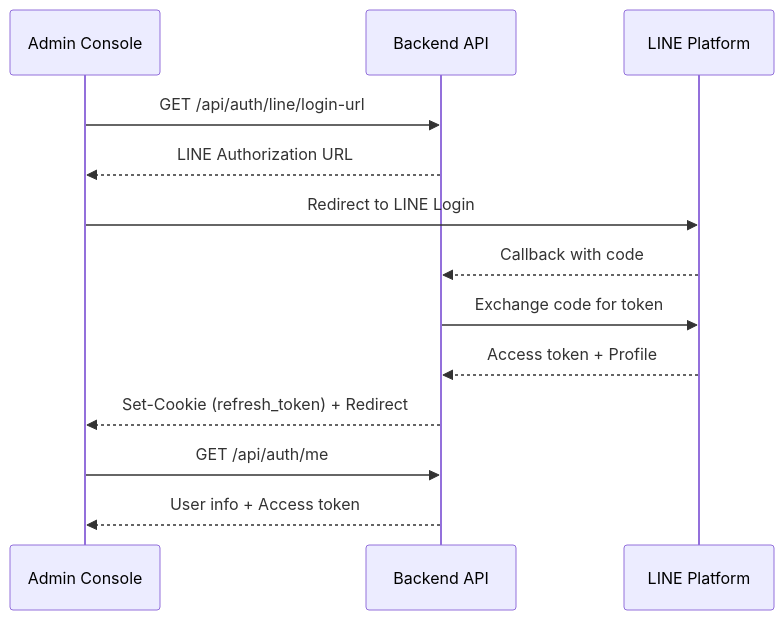
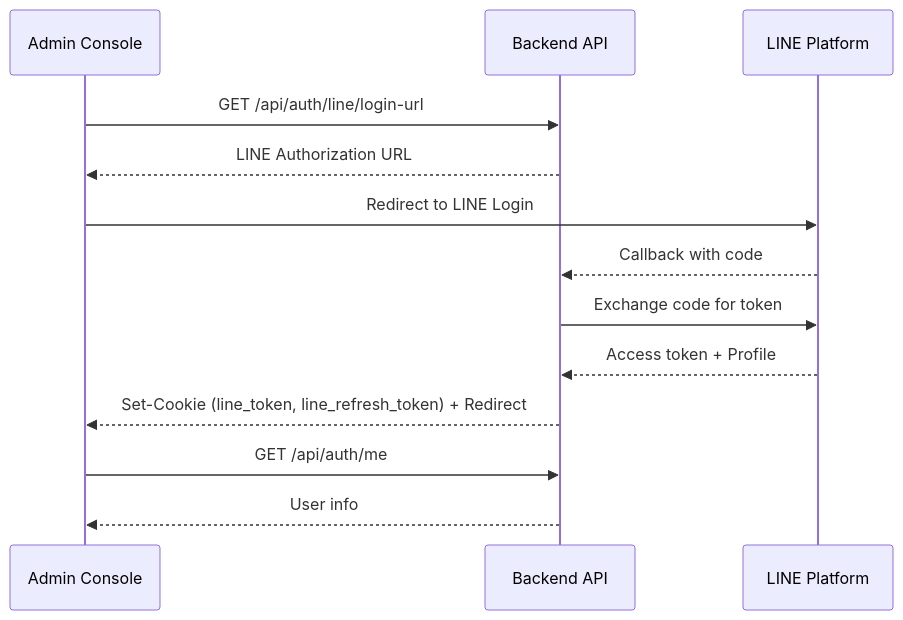
The fourth of 5 diagrams in instruction/專案架構書.md (71bk/71bk-landing), drawn with Mermaid before and after one commit. The commit also changed other lines of this file and 119 other files, not shown here.

````diff
--- a/instruction/專案架構書.md
+++ b/instruction/專案架構書.md
@@ -553,16 +650,16 @@
 ```mermaid
 sequenceDiagram
   participant U as Admin Console
   participant API as Backend API
   participant LINE as LINE Platform
   
   U->>API: GET /api/auth/line/login-url
   API-->>U: LINE Authorization URL
   U->>LINE: Redirect to LINE Login
   LINE-->>API: Callback with code
   API->>LINE: Exchange code for token
   LINE-->>API: Access token + Profile
-  API-->>U: Set-Cookie (refresh_token) + Redirect
+  API-->>U: Set-Cookie (line_token, line_refresh_token) + Redirect
   U->>API: GET /api/auth/me
-  API-->>U: User info + Access token
+  API-->>U: User info
 ```
````
